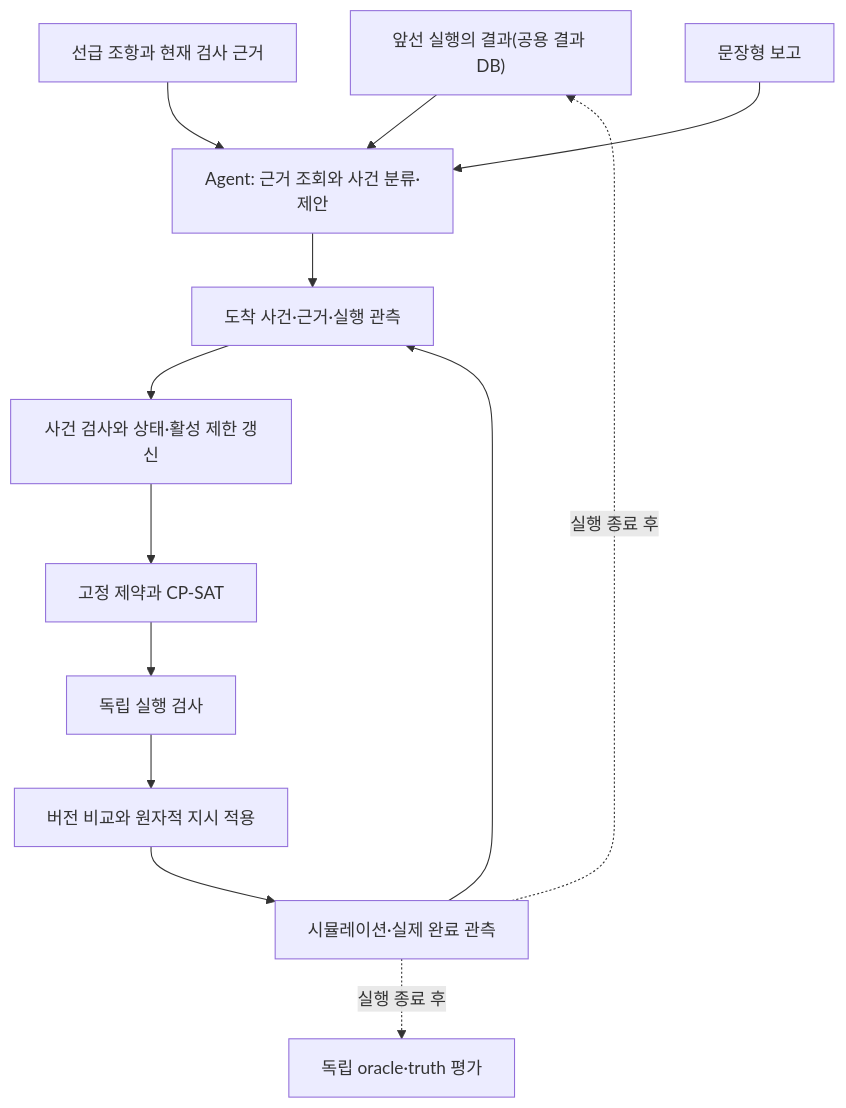
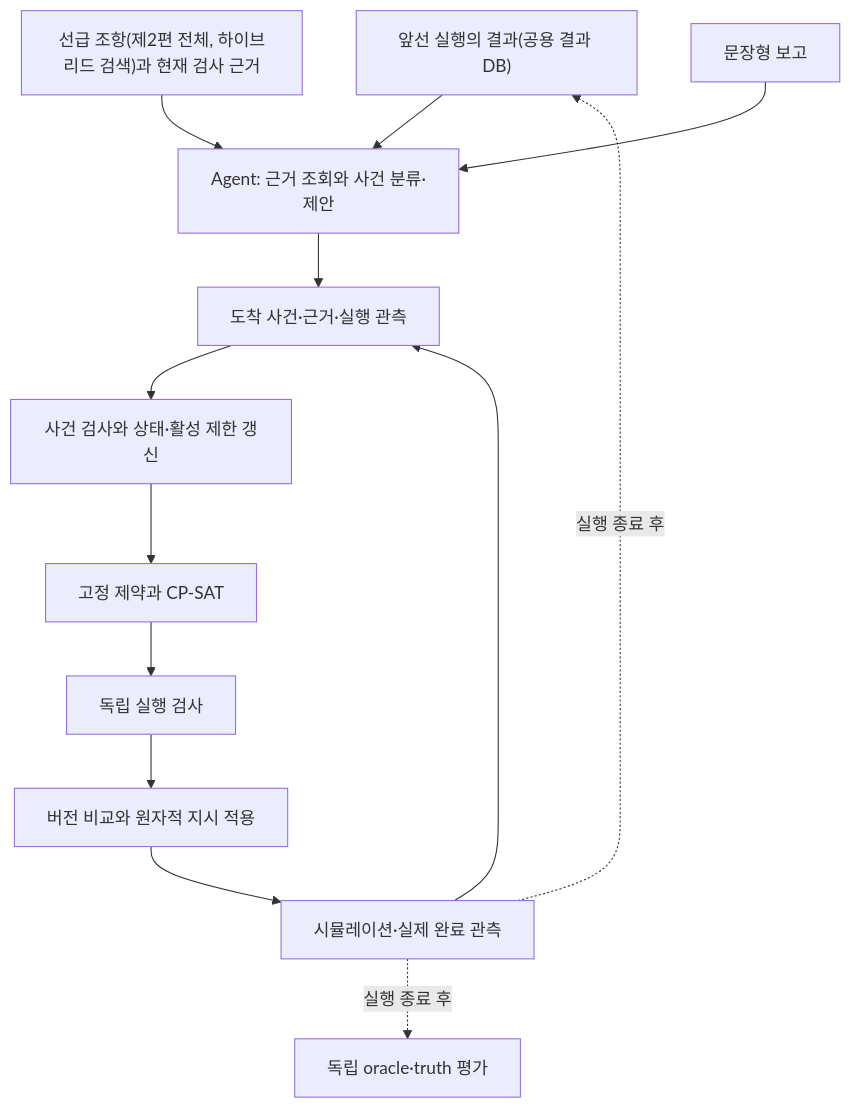
The diagram in README.md (yumsj0626-afk/shipyard-welding-automation), drawn with Mermaid before and after one commit. The commit also changed other lines of this file and 10 other files, not shown here.

````diff
--- a/README.md
+++ b/README.md
@@ -156,15 +157,15 @@
 ```mermaid
 flowchart TD
     H["앞선 실행의 결과(공용 결과 DB)"] --> Q
-    K["선급 조항과 현재 검사 근거"] --> Q
+    K["선급 조항(제2편 전체, 하이브리드 검색)과 현재 검사 근거"] --> Q
     R["문장형 보고"] --> Q["Agent: 근거 조회와 사건 분류·제안"]
     Q --> A
     A["도착 사건·근거·실행 관측"] --> B["사건 검사와 상태·활성 제한 갱신"]
     B --> C["고정 제약과 CP-SAT"]
     C --> D["독립 실행 검사"]
     D --> E["버전 비교와 원자적 지시 적용"]
     E --> F["시뮬레이션·실제 완료 관측"]
     F --> A
     F -. 실행 종료 후 .-> H
     F -. 실행 종료 후 .-> G["독립 oracle·truth 평가"]
 ```
````
